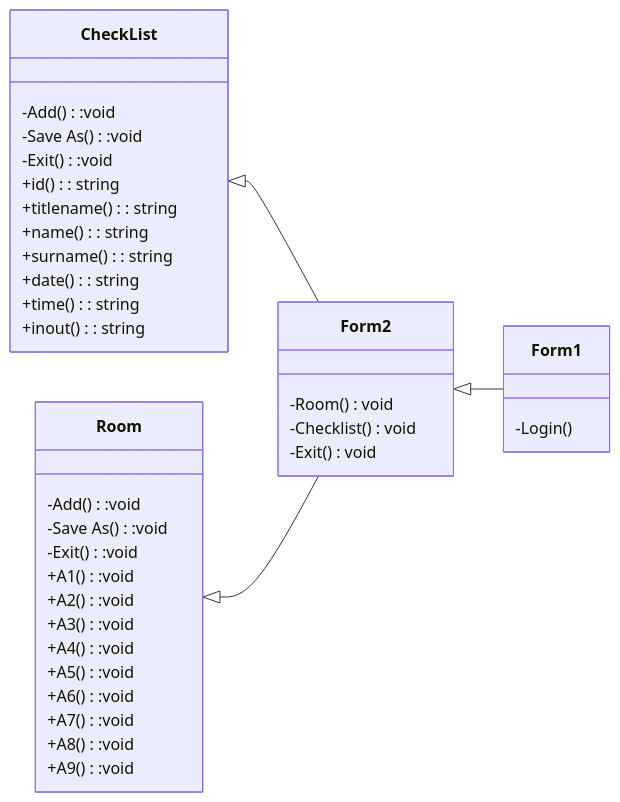
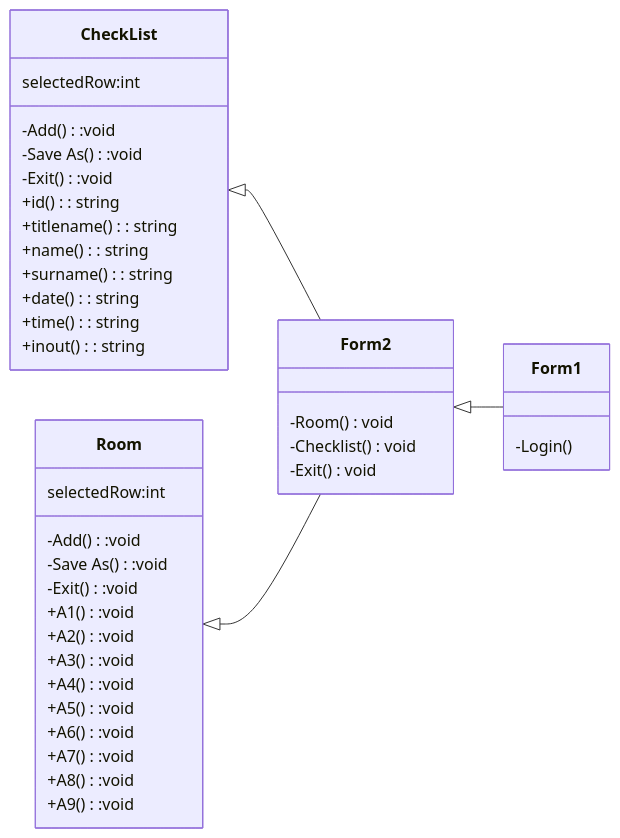
One commit to kongphop3212/FinalProjectAssignment changed the diagram in README.md. Above: the diagram before and after it, drawn with Mermaid.

````diff
--- a/README.md
+++ b/README.md
@@ -9,41 +9,43 @@
 ```mermaid
 classDiagram
   Form2 <|--Form1
   CheckList <|--Form2
   Room <|--Form2
   direction LR
   class Form1{
   -Login()
   }
   class Form2{
   -Room()void
   -Checklist()void
   -Exit()void
   }
   class CheckList{
+  selectedRow:int
   -Add():void
   -Save As():void
   -Exit():void
   +id() : string
   +titlename() : string
   +name() : string
   +surname() : string
   +date() : string
   +time() : string
   +inout() : string
   }
   class Room{
+  selectedRow:int
   -Add():void
   -Save As():void
   -Exit():void
   +A1():void
   +A2():void
   +A3():void
   +A4():void
   +A5():void
   +A6():void
   +A7():void
   +A8():void
   +A9():void
   }
 ```
````
